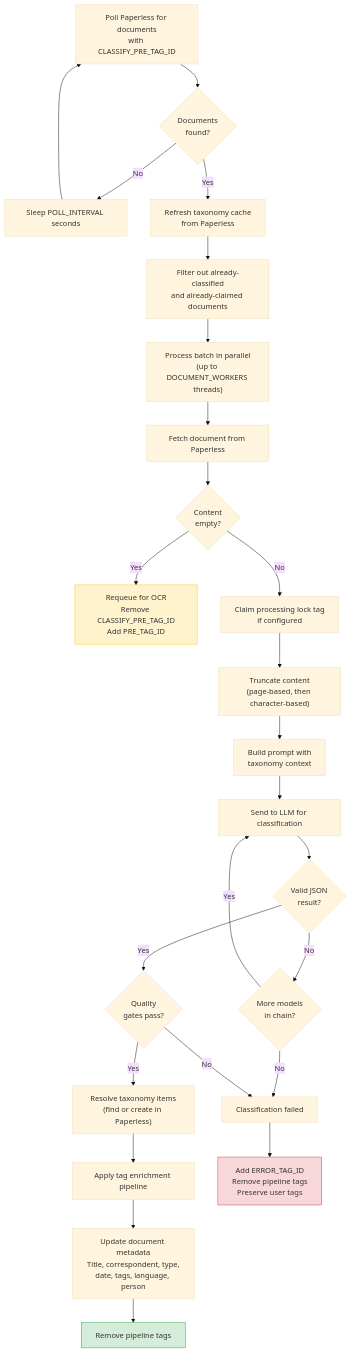
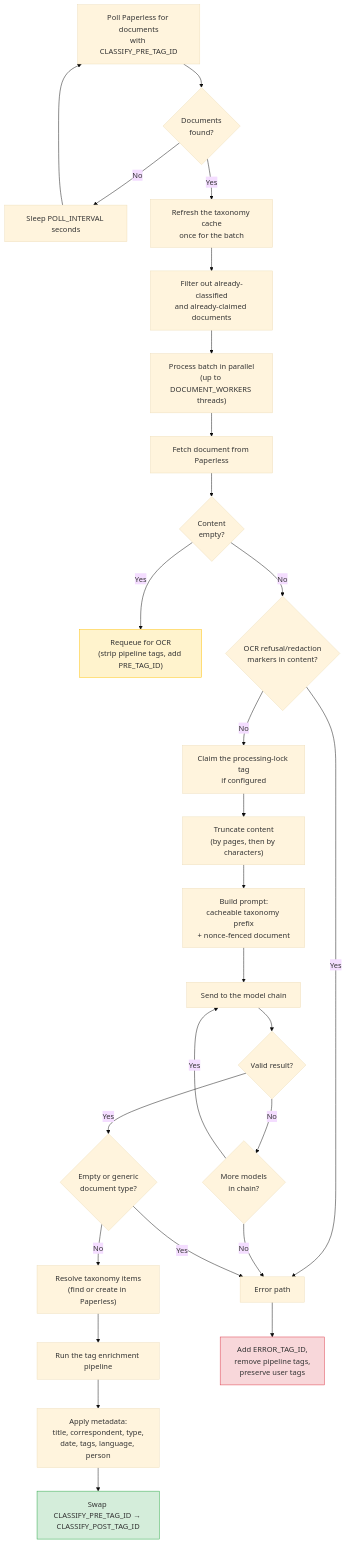
Before and after one commit to rossetv/paperless-ai: the first of 3 diagrams in docs/classification-pipeline.md, drawn with Mermaid (base theme). The commit also changed other lines of this file and 12 other files, not shown here.

````diff
--- a/docs/classification-pipeline.md
+++ b/docs/classification-pipeline.md
@@ -11,35 +13,37 @@
 ```mermaid
 flowchart TD
     A[Poll Paperless for documents\nwith CLASSIFY_PRE_TAG_ID] --> B{Documents\nfound?}
     B -- No --> C[Sleep POLL_INTERVAL seconds]
     C --> A
-    B -- Yes --> D[Refresh taxonomy cache\nfrom Paperless]
+    B -- Yes --> D[Refresh the taxonomy cache\nonce for the batch]
     D --> E[Filter out already-classified\nand already-claimed documents]
     E --> F["Process batch in parallel\n(up to DOCUMENT_WORKERS threads)"]
 
     F --> G[Fetch document from Paperless]
     G --> H{Content\nempty?}
-    H -- Yes --> I["Requeue for OCR\nRemove CLASSIFY_PRE_TAG_ID\nAdd PRE_TAG_ID"]
-    H -- No --> J[Claim processing lock tag\nif configured]
+    H -- Yes --> I["Requeue for OCR\n(strip pipeline tags, add PRE_TAG_ID)"]
+    H -- No --> J{OCR refusal/redaction\nmarkers in content?}
+    J -- Yes --> P[Error path]
+    J -- No --> K[Claim the processing-lock tag\nif configured]
 
-    J --> K["Truncate content\n(page-based, then character-based)"]
-    K --> L["Build prompt with\ntaxonomy context"]
-    L --> M[Send to LLM for classification]
-    M --> N{Valid JSON\nresult?}
-    N -- No --> O{More models\nin chain?}
-    O -- Yes --> M
-    O -- No --> P[Classification failed]
-    N -- Yes --> Q{Quality\ngates pass?}
+    K --> L["Truncate content\n(by pages, then by characters)"]
+    L --> M["Build prompt:\ncacheable taxonomy prefix\n+ nonce-fenced document"]
+    M --> N[Send to the model chain]
+    N --> O{Valid result?}
+    O -- No --> Q{More models\nin chain?}
+    Q -- Yes --> N
     Q -- No --> P
+    O -- Yes --> R{Empty or generic\ndocument type?}
+    R -- Yes --> P
 
-    Q -- Yes --> R["Resolve taxonomy items\n(find or create in Paperless)"]
-    R --> S[Apply tag enrichment pipeline]
-    S --> T["Update document metadata\nTitle, correspondent, type,\ndate, tags, language, person"]
-    T --> U[Remove pipeline tags]
+    R -- No --> S["Resolve taxonomy items\n(find or create in Paperless)"]
+    S --> T[Run the tag enrichment pipeline]
+    T --> U["Apply metadata:\ntitle, correspondent, type,\ndate, tags, language, person"]
+    U --> V[Swap CLASSIFY_PRE_TAG_ID → CLASSIFY_POST_TAG_ID]
 
-    P --> V["Add ERROR_TAG_ID\nRemove pipeline tags\nPreserve user tags"]
+    P --> W["Add ERROR_TAG_ID,\nremove pipeline tags,\npreserve user tags"]
 
-    style U fill:#d4edda,stroke:#28a745
-    style V fill:#f8d7da,stroke:#dc3545
+    style V fill:#d4edda,stroke:#28a745
+    style W fill:#f8d7da,stroke:#dc3545
     style I fill:#fff3cd,stroke:#ffc107
 ```
````
